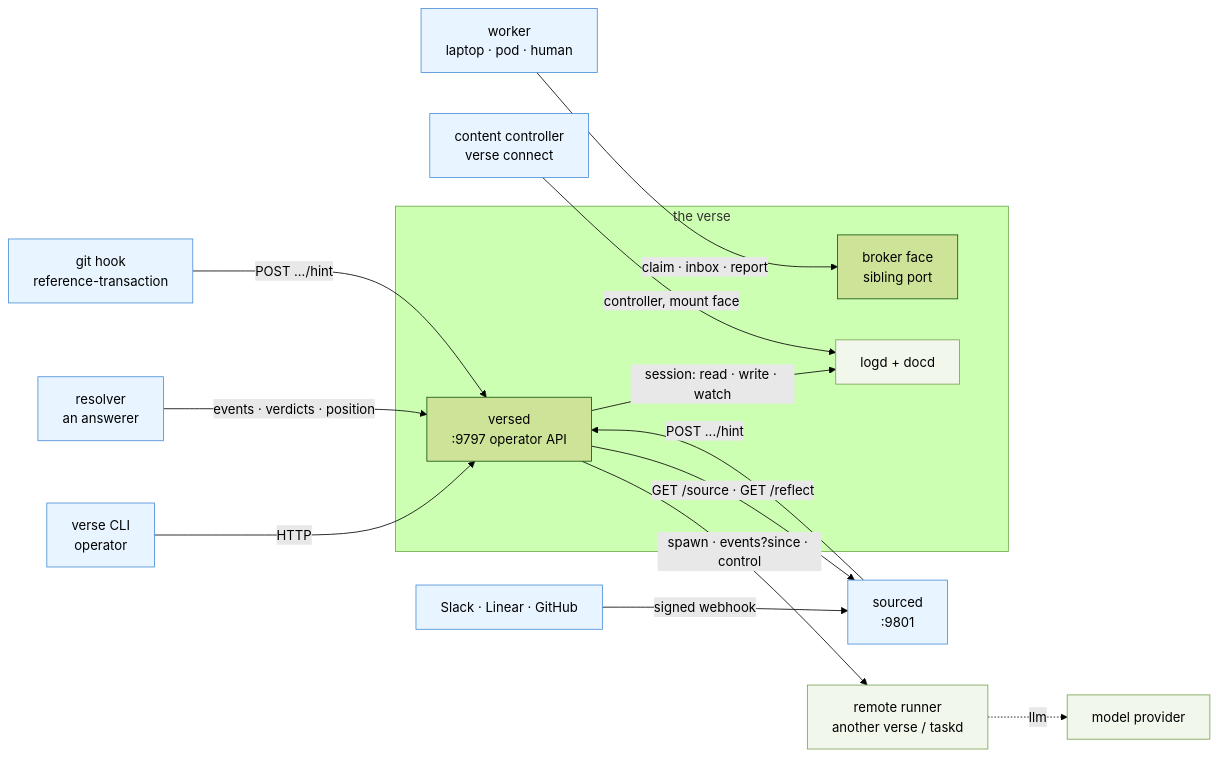
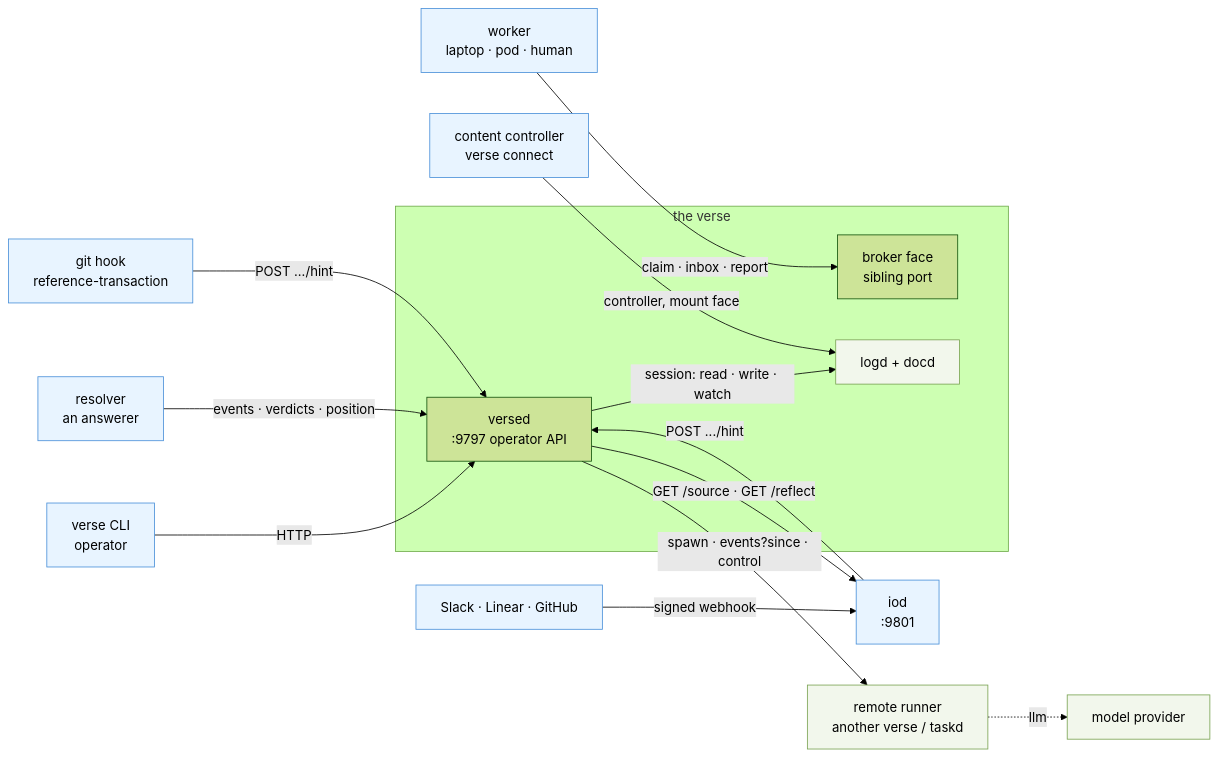
The first of 4 diagrams in docs/seams.md (signadot/viff), drawn with Mermaid (forest theme) before and after one commit. The commit also changed other lines of this file and 195 other files, not shown here.

````diff
--- a/docs/seams.md
+++ b/docs/seams.md
@@ -46,37 +46,37 @@
 ```mermaid
 flowchart LR
   cli["verse CLI<br/>operator"]
   res["resolver<br/>an answerer"]
   worker["worker<br/>laptop · pod · human"]
   wh["Slack · Linear · GitHub"]
   hook["git hook<br/>reference-transaction"]
 
   subgraph host["the verse"]
     versed["versed<br/>:9797 operator API"]
     bface["broker face<br/>sibling port"]
     docd["logd + docd"]
   end
 
   remote["remote runner<br/>another verse / taskd"]
-  src["sourced<br/>:9801"]
+  src["iod<br/>:9801"]
   ctl["content controller<br/>verse connect"]
   llm["model provider"]
 
   cli -->|"HTTP"| versed
   res -->|"events · verdicts · position"| versed
   wh -->|"signed webhook"| src
   hook -->|"POST .../hint"| versed
   worker -->|"claim · inbox · report"| bface
 
   versed -->|"session: read · write · watch"| docd
   versed -->|"spawn · events?since · control"| remote
   versed -->|"GET /source · GET /reflect"| src
   src -->|"POST .../hint"| versed
   ctl -->|"controller, mount face"| docd
   remote -.->|"llm"| llm
 
   classDef dialsIn fill:#e8f4ff,stroke:#4a90d9
   classDef dialsOut fill:#f2f7ec,stroke:#7aa352
   class cli,res,worker,wh,hook,src,ctl dialsIn
   class remote,llm,docd dialsOut
 ```
````
